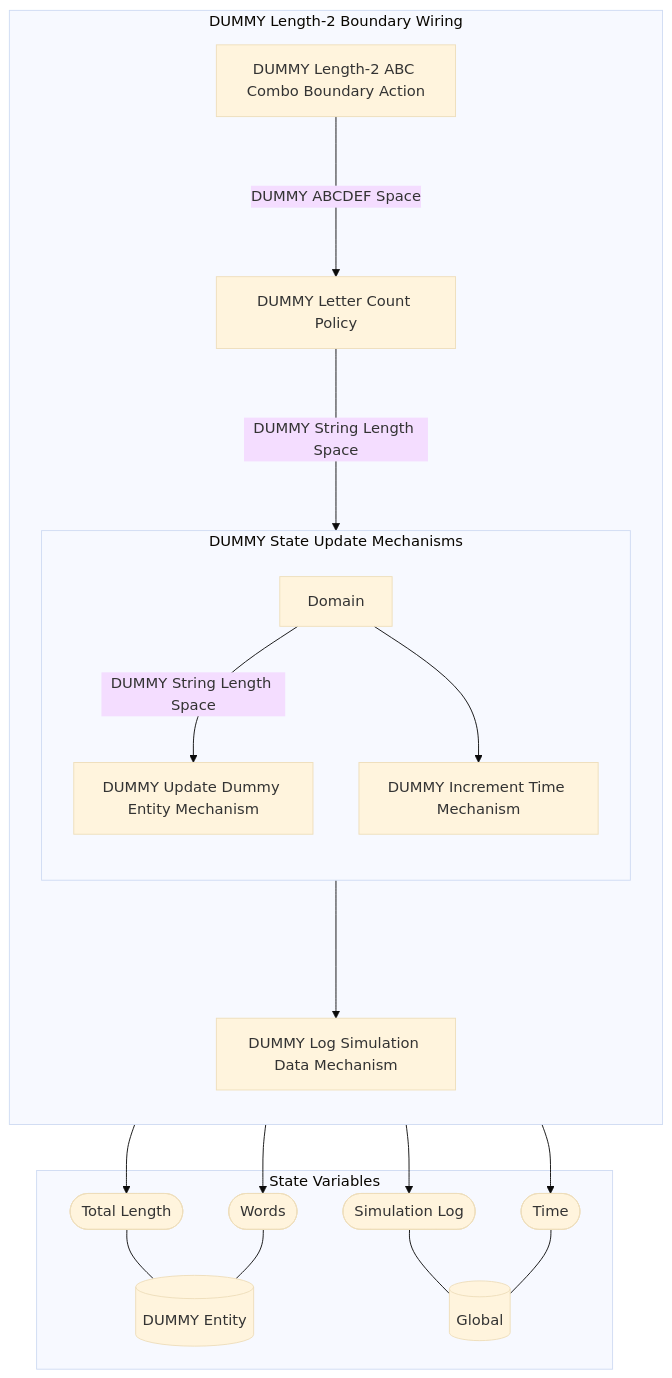
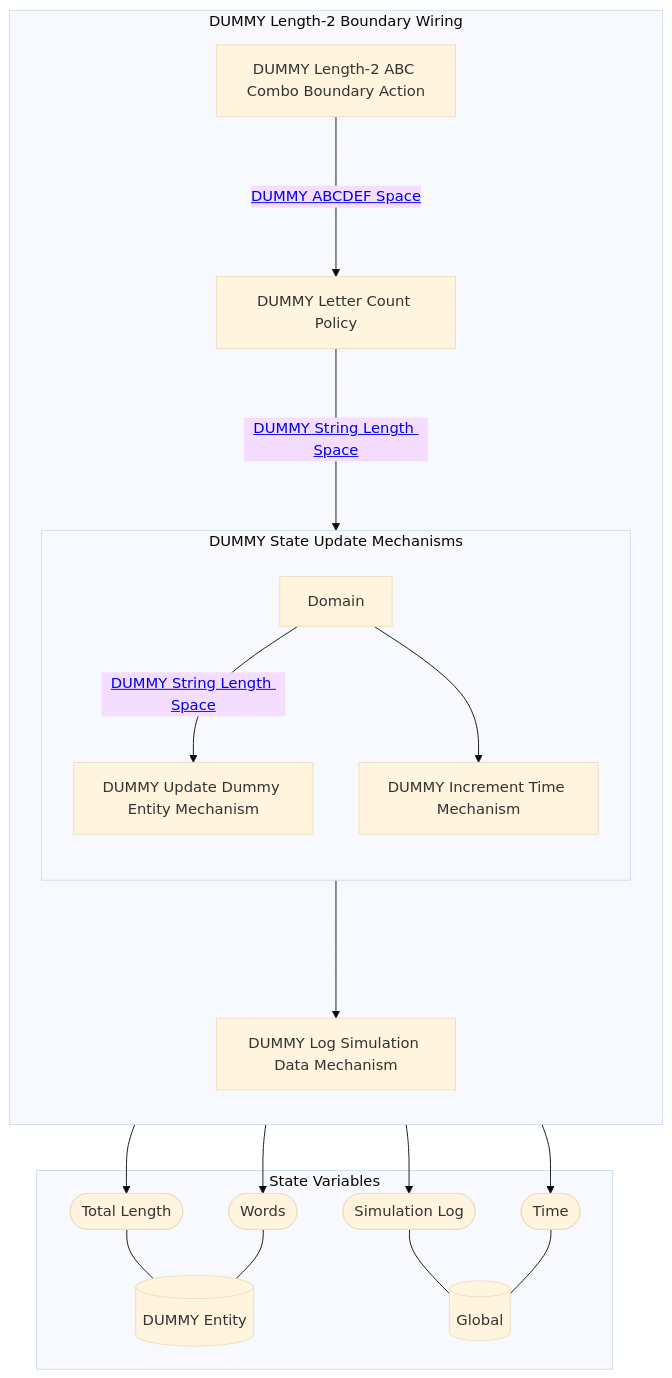
Before and after one commit to BlockScience/Predator-Prey-MSML: the second of 2 diagrams in reports/obsidian/Wiring/DUMMY Length-2 Boundary Wiring.md, drawn with Mermaid (base theme). The commit also changed other lines of this file and 48 other files, not shown here.

````diff
--- a/reports/obsidian/Wiring/DUMMY Length-2 Boundary Wiring.md
+++ b/reports/obsidian/Wiring/DUMMY Length-2 Boundary Wiring.md
@@ -45,50 +45,50 @@
 ```mermaid
 graph TB
 
 subgraph SVS["State Variables"]
 EE0[("DUMMY Entity")]
 EE1[("Global")]
 EES0(["Total Length"])
 EES0 --- EE0
 EES1(["Words"])
 EES1 --- EE0
 EES2(["Simulation Log"])
 EES2 --- EE1
 EES3(["Time"])
 EES3 --- EE1
 end
 
 subgraph X9["DUMMY Length-2 Boundary Wiring"]
 direction TB
 X1["DUMMY Length-2 ABC Combo Boundary Action"]
 X2["DUMMY Letter Count Policy"]
 subgraph X7["DUMMY State Update Mechanisms"]
 direction TB
 X3["DUMMY Update Dummy Entity Mechanism"]
 X3 --> EES1
 X3 --> EES0
 X4["DUMMY Increment Time Mechanism"]
 X4 --> EES3
 X5[Domain]
 
 direction LR
 direction TB
-X5 --"DUMMY String Length Space"--> X3
+X5 --"<a href='DUMMY String Length Space' class=internal-link>DUMMY String Length Space</a>"--> X3
 X5 --> X4
 end
 X8["DUMMY Log Simulation Data Mechanism"]
 X8 --> EES2
-X1--"DUMMY ABCDEF Space"--->X2
-X2--"DUMMY String Length Space"--->X7
+X1--"<a href='DUMMY ABCDEF Space' class=internal-link>DUMMY ABCDEF Space</a>"--->X2
+X2--"<a href='DUMMY String Length Space' class=internal-link>DUMMY String Length Space</a>"--->X7
 X7--->X8
 end
 class X1 internal-link;
 class X2 internal-link;
 class X3 internal-link;
 class X4 internal-link;
 class X6 internal-link;
 class X8 internal-link;
 class EE0 internal-link;
 class EE1 internal-link;
 
 ```
````
